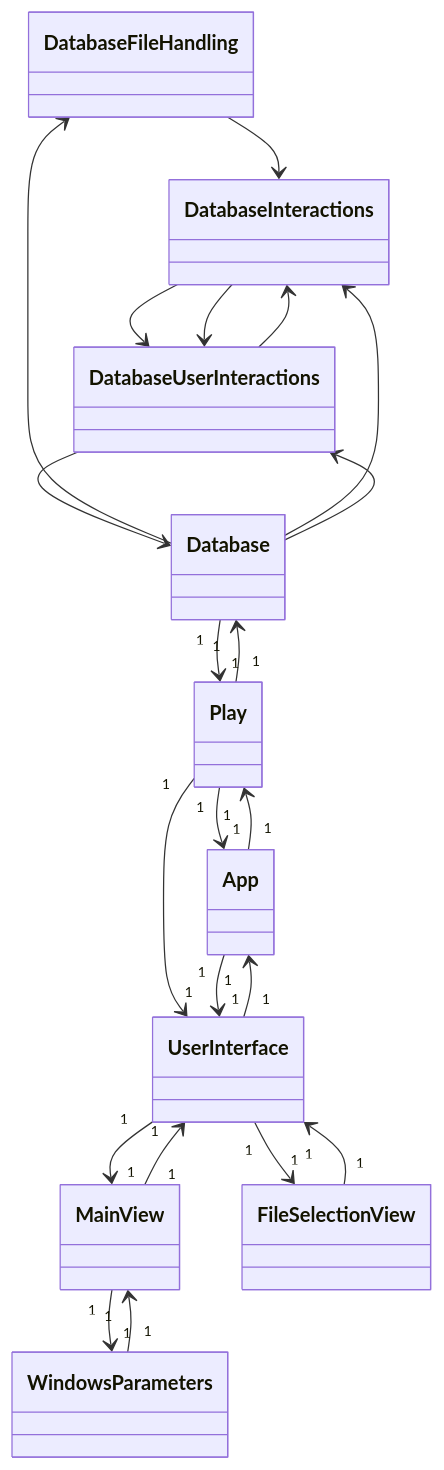
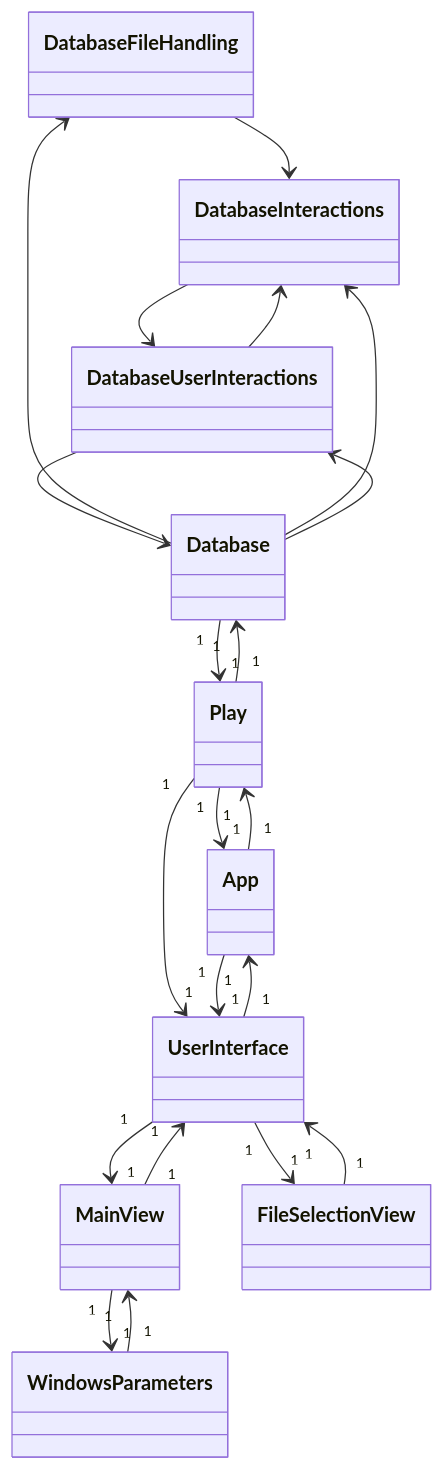
One commit to platipus82/ot-harjoitustyo changed the diagram in dokumentaatio/luokkakaavio_v2.MD. Above: the diagram before and after it, drawn with Mermaid.

````diff
--- a/dokumentaatio/luokkakaavio_v2.MD
+++ b/dokumentaatio/luokkakaavio_v2.MD
@@ -1,49 +1,48 @@
 ```mermaid
 classDiagram
     class DatabaseFileHandling{
     }
     class DatabaseInteractions{
     }
     class DatabaseUserInteractions{
     }
     class Database{
     }
     class App{
     }
     class Play{
     }
     class UserInterface{
     }
     class MainView{
     }  
     class FileSelectionView{
     }   
     class WindowsParameters{
     }   
     class DatabaseUserInteractions{
     }   
 
 
     DatabaseFileHandling --> DatabaseInteractions
     DatabaseInteractions --> DatabaseUserInteractions
     Database --> DatabaseFileHandling
     Database --> DatabaseInteractions
     Database --> DatabaseUserInteractions
-    DatabaseInteractions --> DatabaseUserInteractions
     DatabaseUserInteractions --> DatabaseInteractions
     DatabaseUserInteractions --> Database
 
     Play "1" --> "1" Database 
     Database "1" --> "1" Play
     Play "1" --> "1" App 
     Play "1" --> "1" UserInterface 
     App "1" --> "1" UserInterface
     App "1" --> "1" Play
     UserInterface "1" --> "1" App
     UserInterface "1" --> "1" MainView
     WindowsParameters "1" --> "1" MainView
     MainView "1" --> "1" WindowsParameters
     UserInterface "1" --> "1" FileSelectionView
     FileSelectionView "1" --> "1" UserInterface
     MainView "1" --> "1" UserInterface
 ```
````
